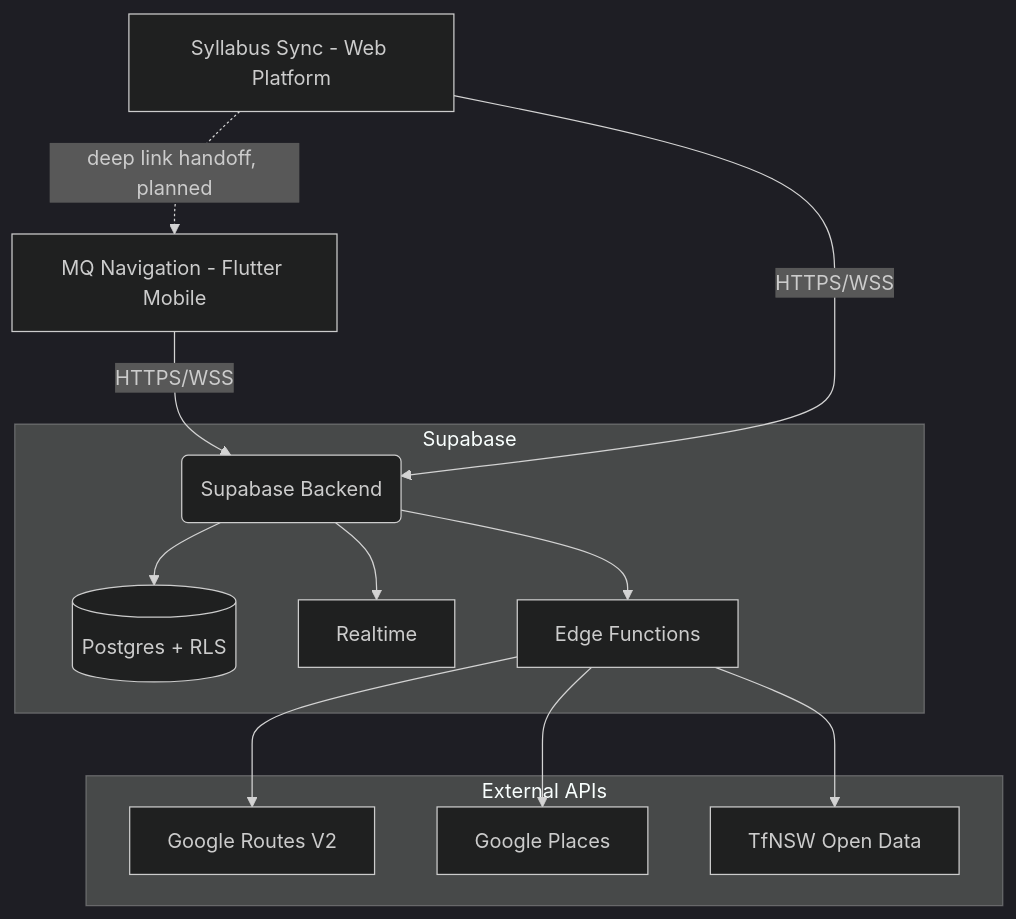
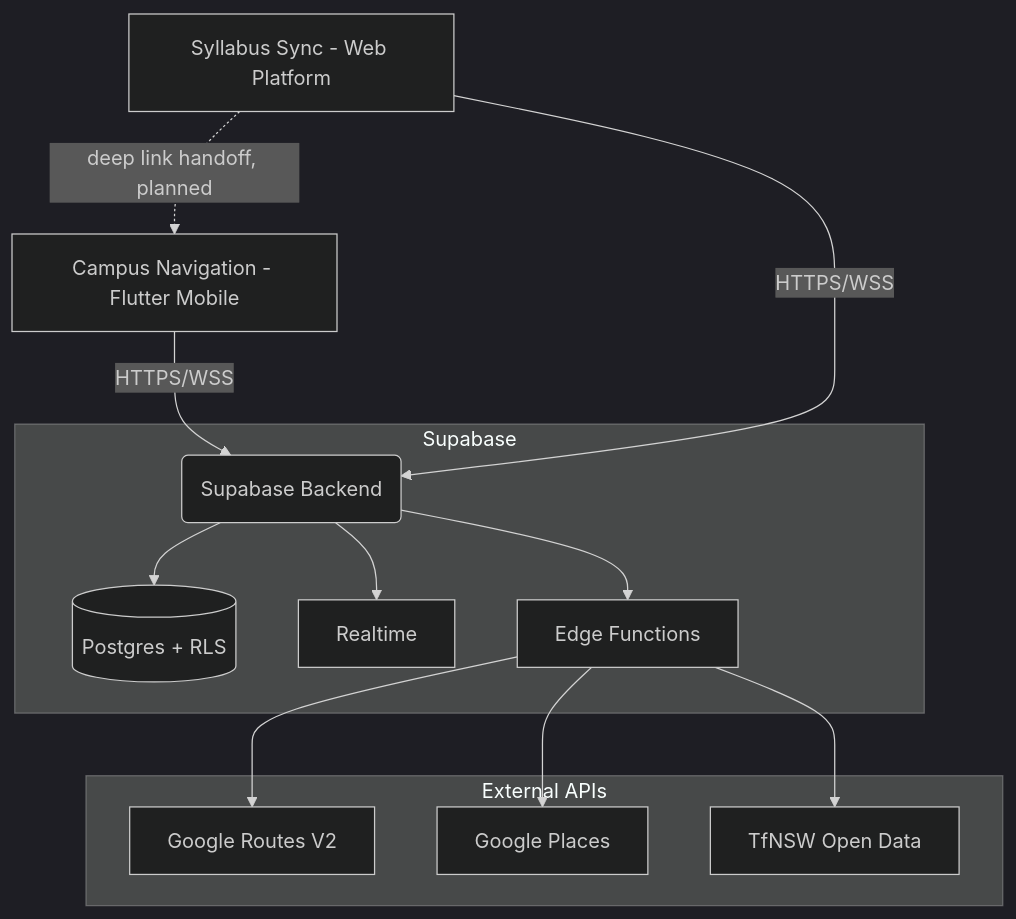
The diagram in README.md (leoalavi/campus-navigation), drawn with Mermaid (dark theme) before and after one commit. The commit also changed other lines of this file and 196 other files, not shown here.

````diff
--- a/README.md
+++ b/README.md
@@ -173,18 +173,18 @@
 ```mermaid
 graph TD
-    A[MQ Navigation - Flutter Mobile] -->|HTTPS/WSS| B(Supabase Backend)
+    A[Campus Navigation - Flutter Mobile] -->|HTTPS/WSS| B(Supabase Backend)
     S[Syllabus Sync - Web Platform] -->|HTTPS/WSS| B
     S -.->|deep link handoff, planned| A
 
     subgraph "Supabase"
         B --> D[(Postgres + RLS)]
         B --> E[Realtime]
         B --> F[Edge Functions]
     end
 
     subgraph "External APIs"
         F --> G[Google Routes V2]
         F --> H[Google Places]
         F --> I[TfNSW Open Data]
     end
 ```
````
